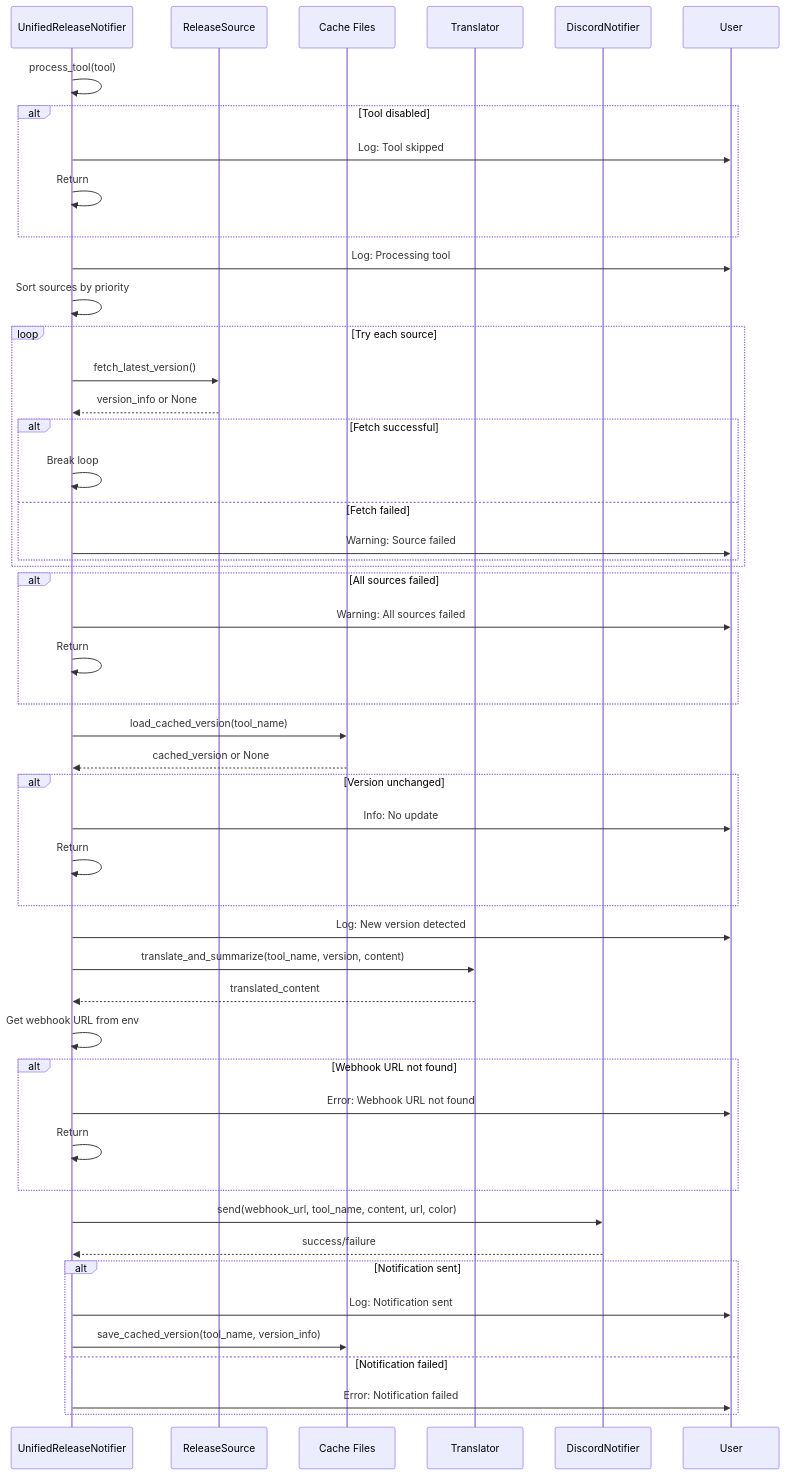
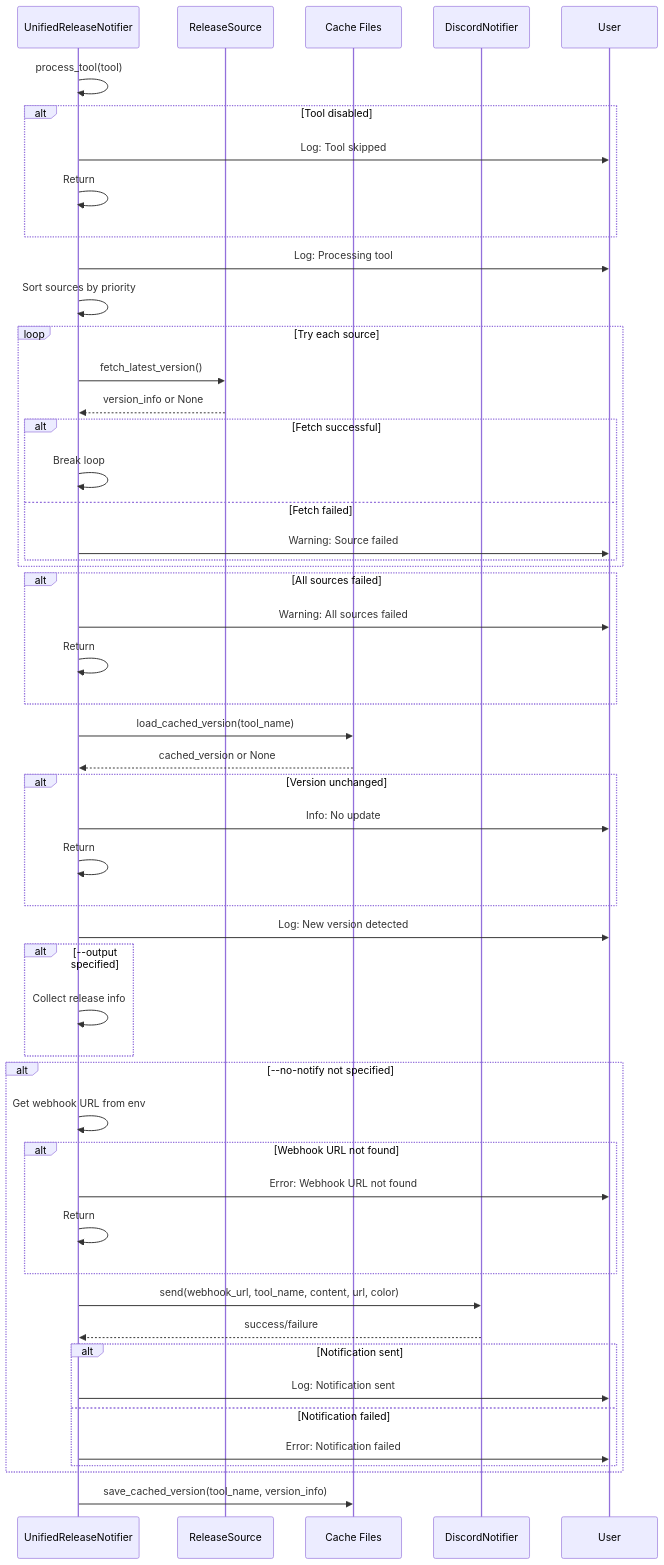
One commit to rysk-tanaka/devtools-release-notifier changed the second of 12 diagrams in docs/sequence-diagram.md. Above: the diagram before and after it, drawn with Mermaid. The commit also changed other lines of this file and 4 other files, not shown here.

First line of the commit message:
docs: update all documentation to reflect GitHub Actions architecture

````diff
--- a/docs/sequence-diagram.md
+++ b/docs/sequence-diagram.md
@@ -50,66 +50,69 @@
 ```mermaid
 sequenceDiagram
     participant URN as UnifiedReleaseNotifier
     participant Source as ReleaseSource
     participant Cache as Cache Files
-    participant Trans as Translator
     participant Discord as DiscordNotifier
     participant User
 
     URN->>URN: process_tool(tool)
 
     alt Tool disabled
         URN->>User: Log: Tool skipped
         URN->>URN: Return
     end
 
     URN->>User: Log: Processing tool
 
     URN->>URN: Sort sources by priority
 
     loop Try each source
         URN->>Source: fetch_latest_version()
         Source-->>URN: version_info or None
 
         alt Fetch successful
             URN->>URN: Break loop
         else Fetch failed
             URN->>User: Warning: Source failed
         end
     end
 
     alt All sources failed
         URN->>User: Warning: All sources failed
         URN->>URN: Return
     end
 
     URN->>Cache: load_cached_version(tool_name)
     Cache-->>URN: cached_version or None
 
     alt Version unchanged
         URN->>User: Info: No update
         URN->>URN: Return
     end
 
     URN->>User: Log: New version detected
 
-    URN->>Trans: translate_and_summarize(tool_name, version, content)
-    Trans-->>URN: translated_content
-
-    URN->>URN: Get webhook URL from env
-
-    alt Webhook URL not found
-        URN->>User: Error: Webhook URL not found
-        URN->>URN: Return
+    alt --output specified
+        URN->>URN: Collect release info
     end
 
-    URN->>Discord: send(webhook_url, tool_name, content, url, color)
-    Discord-->>URN: success/failure
+    alt --no-notify not specified
+        URN->>URN: Get webhook URL from env
 
-    alt Notification sent
-        URN->>User: Log: Notification sent
-        URN->>Cache: save_cached_version(tool_name, version_info)
-    else Notification failed
-        URN->>User: Error: Notification failed
+        alt Webhook URL not found
+            URN->>User: Error: Webhook URL not found
+            URN->>URN: Return
+        end
+
+        URN->>Discord: send(webhook_url, tool_name, content, url, color)
+        Discord-->>URN: success/failure
+
+        alt Notification sent
+            URN->>User: Log: Notification sent
+        else Notification failed
+            URN->>User: Error: Notification failed
+        end
     end
+
+    URN->>Cache: save_cached_version(tool_name, version_info)
 ```
````
